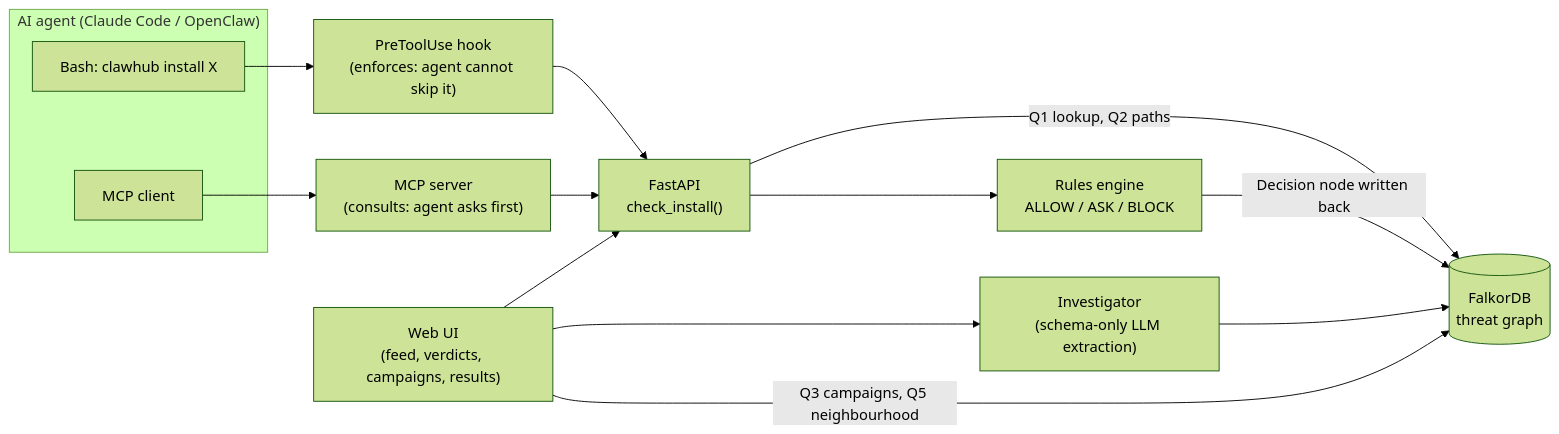
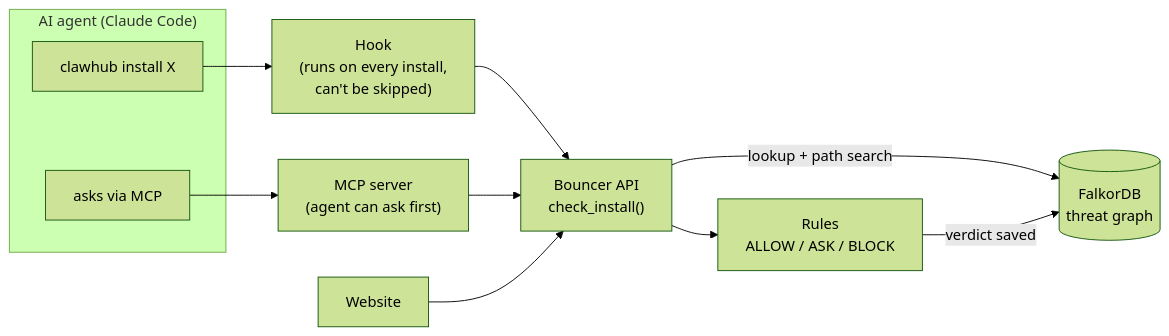
Before and after one commit to ayeshamashiat/Bouncer: the first of 2 diagrams in README.md, drawn with Mermaid (forest theme). The commit also changed other lines of this file and 15 other files, not shown here.

````diff
--- a/README.md
+++ b/README.md
@@ -89,23 +145,20 @@
 ```mermaid
 flowchart LR
-    subgraph Agent["AI agent (Claude Code / OpenClaw)"]
-        A1["Bash: clawhub install X"]
-        A2["MCP client"]
+    subgraph Agent["AI agent (Claude Code)"]
+        A1["clawhub install X"]
+        A2["asks via MCP"]
     end
-    H["PreToolUse hook<br/>(enforces: agent cannot skip it)"]
-    M["MCP server<br/>(consults: agent asks first)"]
-    UI["Web UI<br/>(feed, verdicts, campaigns, results)"]
-    API["FastAPI<br/>check_install()"]
-    R["Rules engine<br/>ALLOW / ASK / BLOCK"]
-    INV["Investigator<br/>(schema-only LLM extraction)"]
+    H["Hook<br/>(runs on every install,<br/>can't be skipped)"]
+    M["MCP server<br/>(agent can ask first)"]
+    UI["Website"]
+    API["Bouncer API<br/>check_install()"]
+    R["Rules<br/>ALLOW / ASK / BLOCK"]
     DB[("FalkorDB<br/>threat graph")]
 
     A1 --> H --> API
     A2 --> M --> API
     UI --> API
-    UI --> INV --> DB
-    API -- "Q1 lookup, Q2 paths" --> DB
+    API -- "lookup + path search" --> DB
     API --> R
-    R -- "Decision node written back" --> DB
-    UI -- "Q3 campaigns, Q5 neighbourhood" --> DB
+    R -- "verdict saved" --> DB
 ```
````
